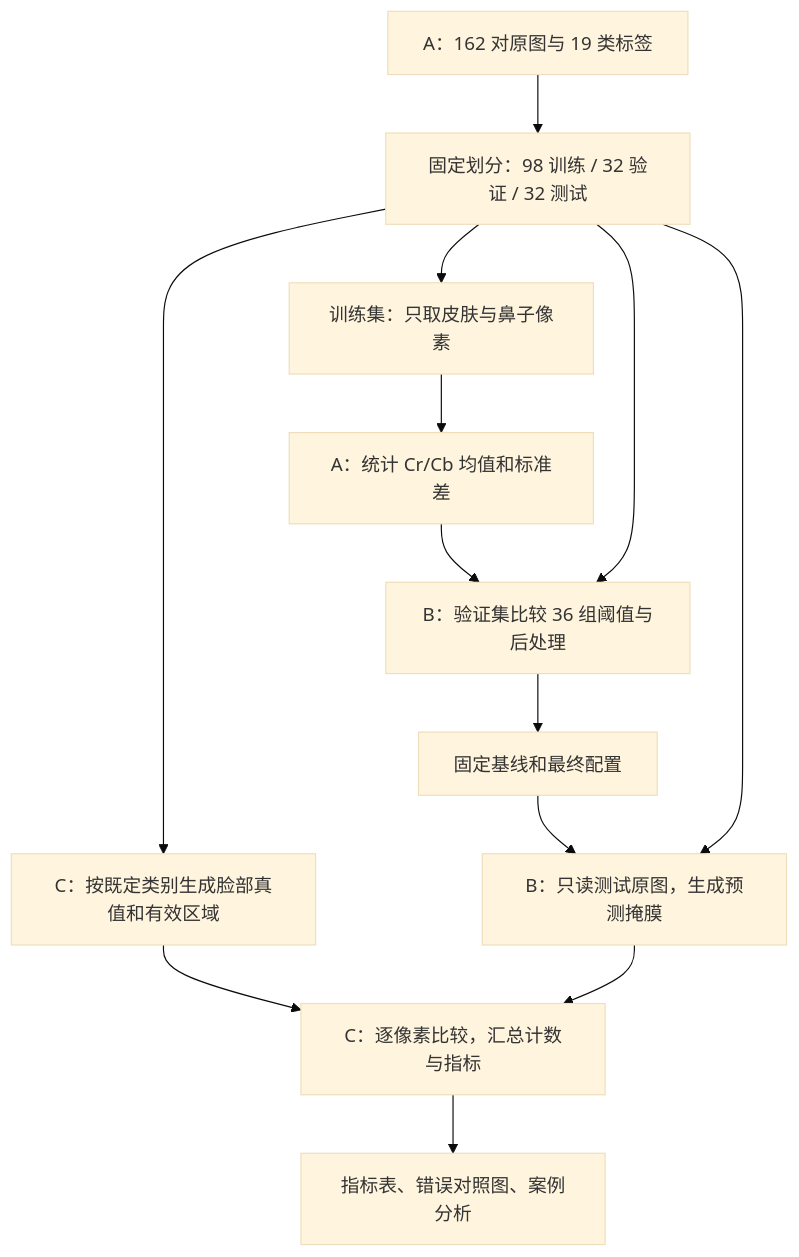
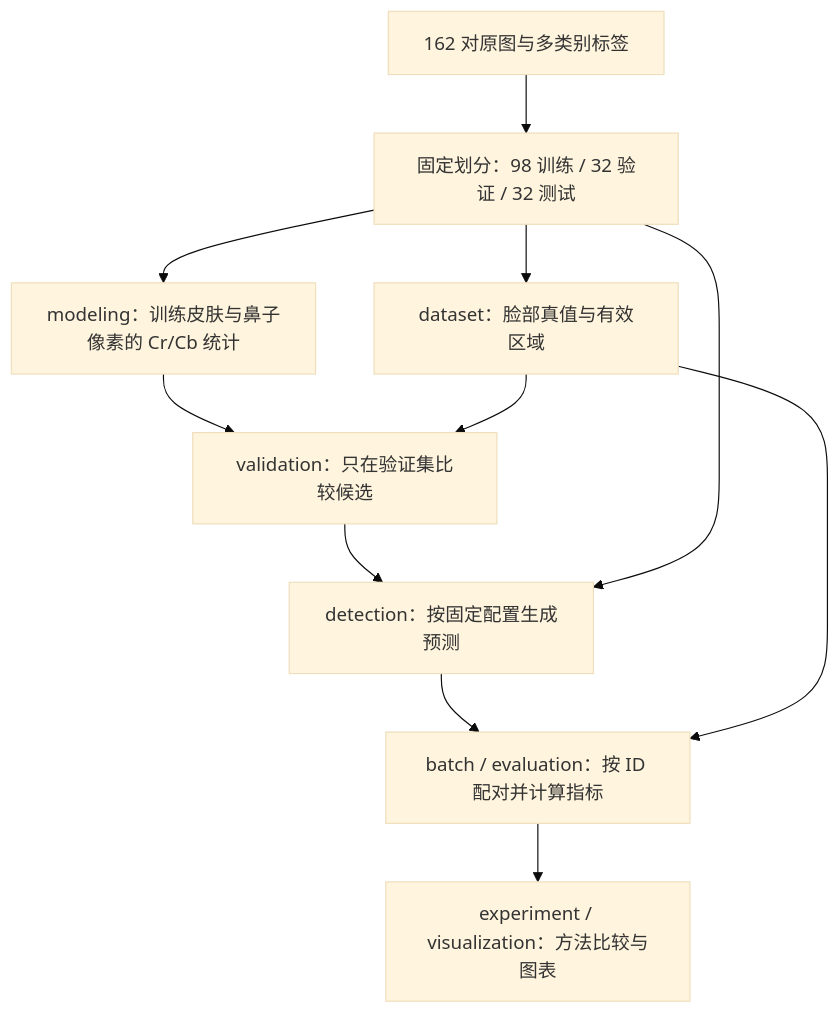
Before and after one commit to gao-xing-li/Face-pixel-recognize: the diagram in docs/完整运行逻辑与独立测试.md, drawn with Mermaid (base theme). The commit also changed other lines of this file and 22 other files, not shown here.

Commit message:
添加结果讨论图册

````diff
--- a/docs/完整运行逻辑与独立测试.md
+++ b/docs/完整运行逻辑与独立测试.md
@@ -9,15 +7,13 @@
 ```mermaid
 flowchart TD
-    A["A：162 对原图与 19 类标签"] --> D["固定划分：98 训练 / 32 验证 / 32 测试"]
-    D --> T["训练集：只取皮肤与鼻子像素"]
-    T --> S["A：统计 Cr/Cb 均值和标准差"]
-    S --> V["B：验证集比较 36 组阈值与后处理"]
-    D --> V
-    V --> F["固定基线和最终配置"]
-    F --> P["B：只读测试原图，生成预测掩膜"]
+    A["162 对原图与多类别标签"] --> D["固定划分：98 训练 / 32 验证 / 32 测试"]
+    D --> T["modeling：训练皮肤与鼻子像素的 Cr/Cb 统计"]
+    D --> G["dataset：脸部真值与有效区域"]
+    T --> V["validation：只在验证集比较候选"]
+    G --> V
+    V --> P["detection：按固定配置生成预测"]
     D --> P
-    D --> G["C：按既定类别生成脸部真值和有效区域"]
-    G --> E["C：逐像素比较，汇总计数与指标"]
-    P --> E
-    E --> R["指标表、错误对照图、案例分析"]
+    P --> E["batch / evaluation：按 ID 配对并计算指标"]
+    G --> E
+    E --> R["experiment / visualization：方法比较与图表"]
 ```
````
